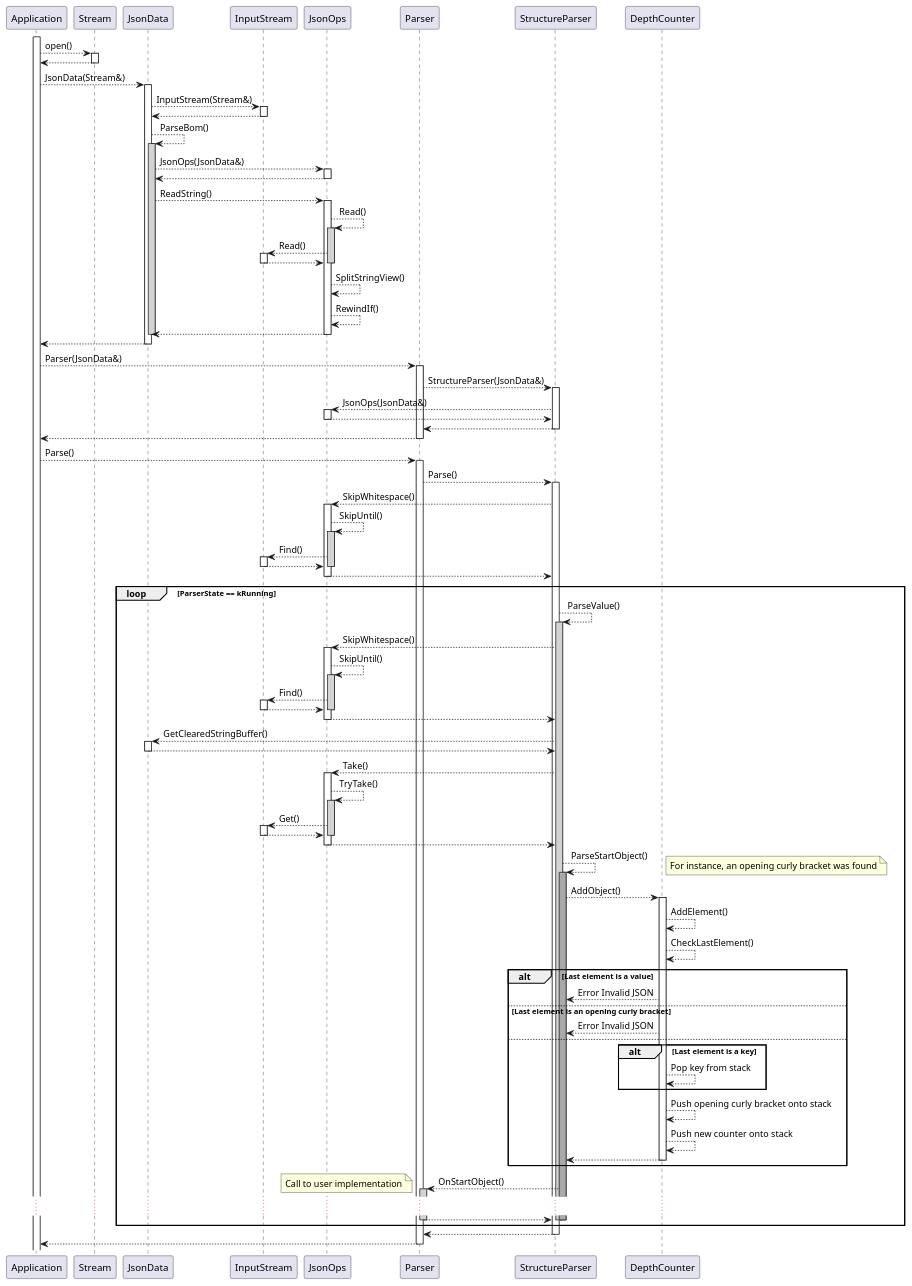
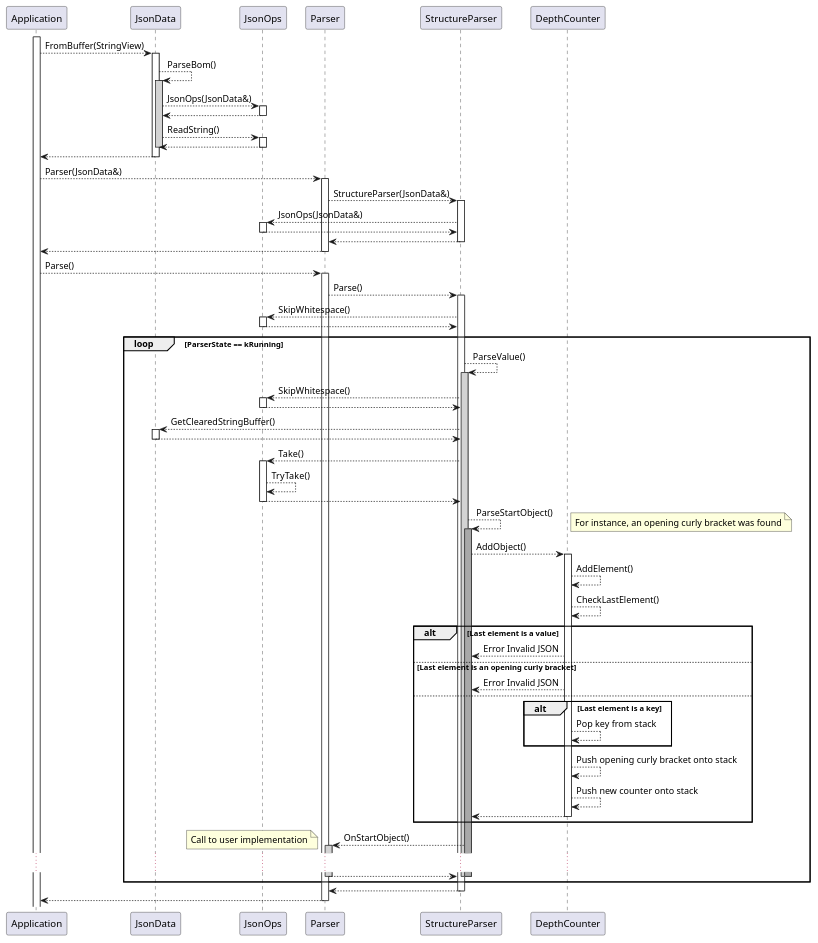
The diagram in score/json/docs/vajson/detailed_design/functional/diagrams/sequences.puml (eclipse-score/baselibs), drawn with PlantUML before and after one commit. The commit also changed 11 other files, not shown here.

First line of the commit message:
json parser: parse vaJson documents from memory instead of a stream

```diff
--- a/score/json/docs/vajson/detailed_design/functional/diagrams/sequences.puml
+++ b/score/json/docs/vajson/detailed_design/functional/diagrams/sequences.puml
@@ -1,167 +1,118 @@
 @startuml
 activate Application
-Application --> Stream : open()
-
-activate Stream
-Stream --> Application
-deactivate Stream
-
-Application --> JsonData : JsonData(Stream&)
+Application --> JsonData : FromBuffer(StringView)
 
 activate JsonData
-JsonData --> InputStream : InputStream(Stream&)
-
-activate InputStream
-InputStream --> JsonData
-deactivate InputStream
-
 JsonData --> JsonData : ParseBom()
 activate JsonData #LightGrey
 
 JsonData --> JsonOps : JsonOps(JsonData&)
 
 activate JsonOps
 JsonOps --> JsonData
 deactivate JsonOps
 
 JsonData --> JsonOps : ReadString()
 
 activate JsonOps
-JsonOps --> JsonOps : Read()
-
-activate JsonOps #LightGrey
-JsonOps --> InputStream : Read()
-
-activate InputStream
-InputStream --> JsonOps
-deactivate InputStream
-
-deactivate JsonOps
-
-JsonOps --> JsonOps : SplitStringView()
-JsonOps --> JsonOps : RewindIf()
 JsonOps --> JsonData
 deactivate JsonOps
 
 deactivate JsonData
 JsonData --> Application
 deactivate JsonData
 
 Application --> Parser : Parser(JsonData&)
 
 activate Parser
 Parser --> StructureParser : StructureParser(JsonData&)
 
 activate StructureParser
 StructureParser --> JsonOps : JsonOps(JsonData&)
 
 activate JsonOps
 JsonOps --> StructureParser
 deactivate JsonOps
 
 StructureParser --> Parser
 deactivate StructureParser
 
 Parser --> Application
 deactivate Parser
 
 Application --> Parser : Parse()
 
 activate Parser
 Parser --> StructureParser : Parse()
 
 activate StructureParser
 StructureParser --> JsonOps : SkipWhitespace()
 
 activate JsonOps
-JsonOps --> JsonOps : SkipUntil()
-activate JsonOps #LightGrey
-JsonOps --> InputStream : Find()
-
-activate InputStream
-InputStream --> JsonOps
-deactivate InputStream
-deactivate JsonOps
-
 JsonOps --> StructureParser
 deactivate JsonOps
 
 loop ParserState == kRunning
 StructureParser --> StructureParser : ParseValue()
 activate StructureParser #LightGrey
 
 StructureParser --> JsonOps : SkipWhitespace()
 
 activate JsonOps
-JsonOps --> JsonOps : SkipUntil()
-activate JsonOps #LightGrey
-JsonOps --> InputStream : Find()
-
-activate InputStream
-InputStream --> JsonOps
-deactivate InputStream
-deactivate JsonOps
-
 JsonOps --> StructureParser
 deactivate JsonOps
 
 StructureParser --> JsonData : GetClearedStringBuffer()
 activate JsonData
 JsonData --> StructureParser
 deactivate JsonData
 
 StructureParser --> JsonOps : Take()
 activate JsonOps
 
 JsonOps --> JsonOps : TryTake()
-activate JsonOps #LightGrey
-JsonOps --> InputStream : Get()
-activate InputStream
-InputStream --> JsonOps
-deactivate InputStream
-deactivate JsonOps
 
 JsonOps --> StructureParser
 deactivate JsonOps
 
 StructureParser --> StructureParser : ParseStartObject()
 activate StructureParser #DarkGray
 note right : For instance, an opening curly bracket was found
 
 StructureParser --> DepthCounter : AddObject()
 activate DepthCounter
 DepthCounter --> DepthCounter : AddElement()
 DepthCounter --> DepthCounter : CheckLastElement()
 alt Last element is a value
 DepthCounter --> StructureParser : Error Invalid JSON
 else Last element is an opening curly bracket
 DepthCounter --> StructureParser : Error Invalid JSON
 else
   alt Last element is a key
   DepthCounter --> DepthCounter : Pop key from stack
   end
   DepthCounter --> DepthCounter : Push opening curly bracket onto stack
   DepthCounter --> DepthCounter : Push new counter onto stack
   DepthCounter --> StructureParser
   deactivate DepthCounter
 end
 
 StructureParser --> Parser : OnStartObject()
 
 activate Parser #LightGrey
 note left : Call to user implementation
 ...
 Parser --> StructureParser
 deactivate Parser
 
 deactivate StructureParser
 deactivate StructureParser
 end
 
 StructureParser --> Parser
 deactivate StructureParser
 
 Parser --> Application
 deactivate Parser
 
 @enduml
```
